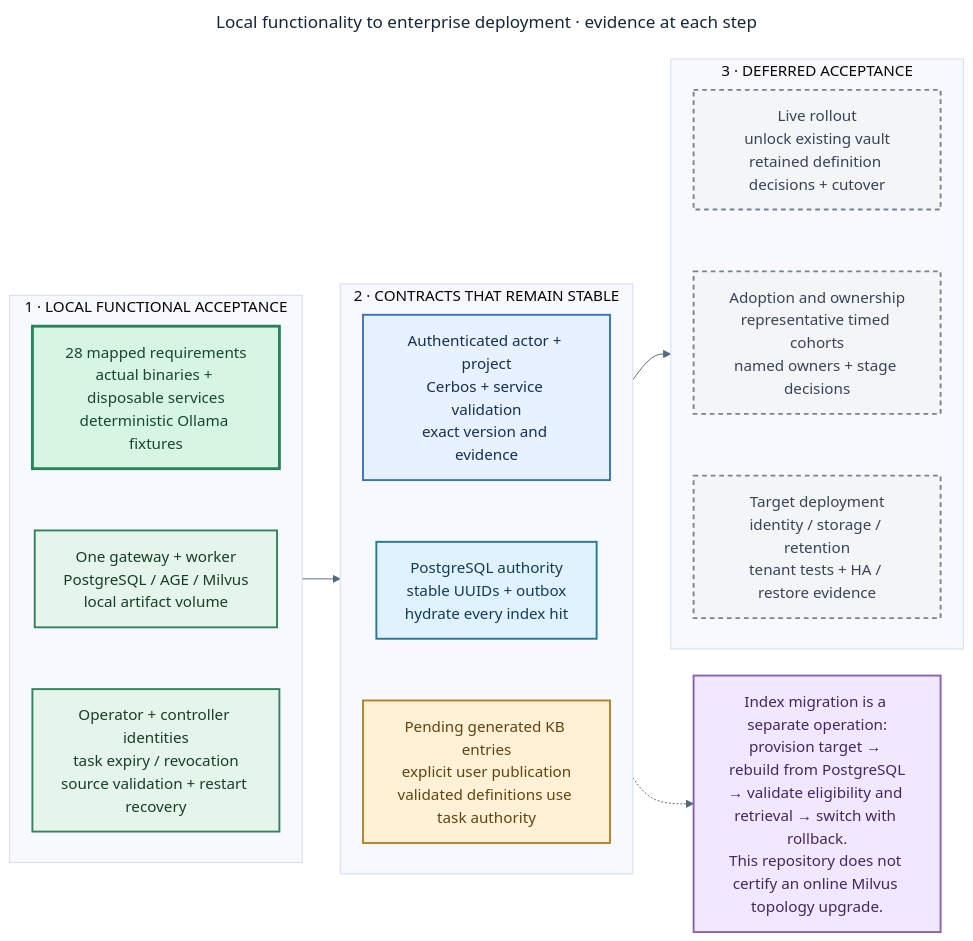
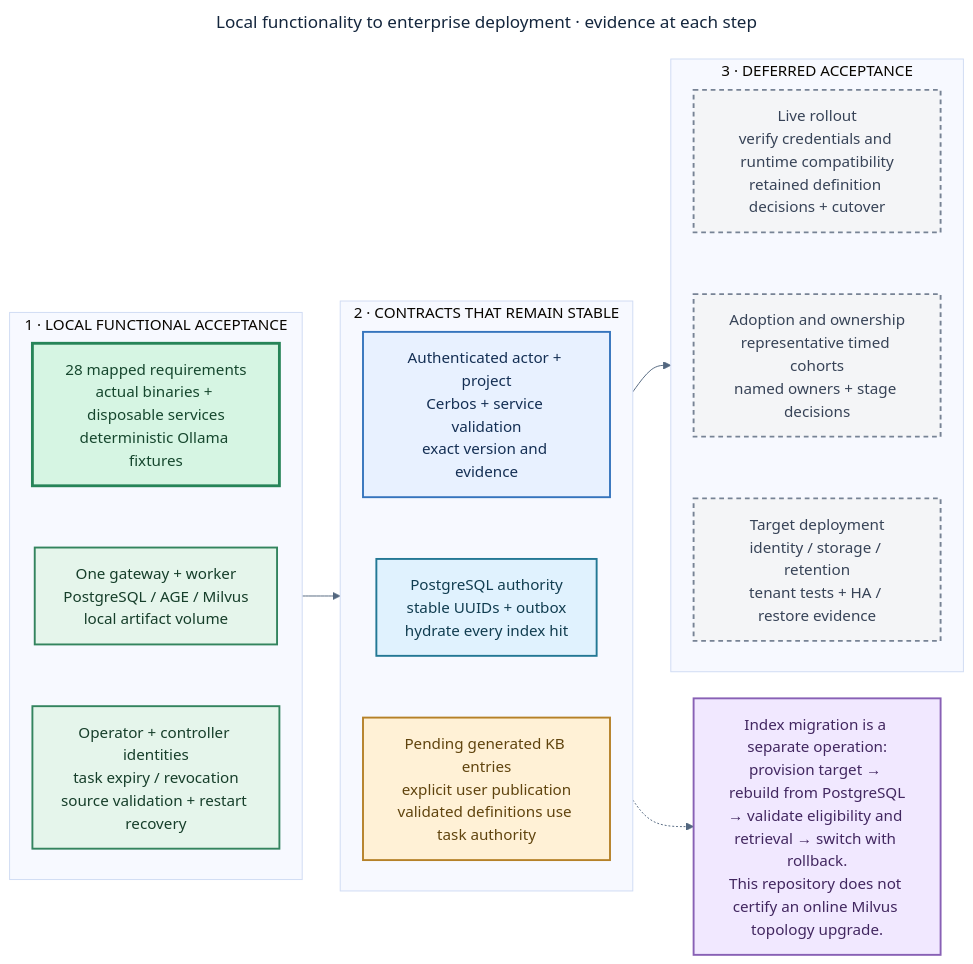
The diagram in docs/diagrams/hybrid-ai-local-to-enterprise-evolution.mmd (dhanuka84/local-ai-development-platform), drawn with Mermaid before and after one commit. The commit also changed 186 other files, not shown here.

```diff
--- a/docs/diagrams/hybrid-ai-local-to-enterprise-evolution.mmd
+++ b/docs/diagrams/hybrid-ai-local-to-enterprise-evolution.mmd
@@ -1,40 +1,40 @@
 ---
 title: Local functionality to enterprise deployment · evidence at each step
 ---
 %%{init: {"theme":"base","themeVariables":{"fontFamily":"Arial, sans-serif","fontSize":"16px","primaryTextColor":"#14263d","lineColor":"#53677f","edgeLabelBackground":"#ffffff"},"flowchart":{"curve":"basis","htmlLabels":true,"nodeSpacing":28,"rankSpacing":40},"fontFamily":"Arial, sans-serif","themeCSS":".nodeLabel, .edgeLabel, .cluster-label, .flowchartTitleText { font-family: Arial, sans-serif !important; }"}}%%
 flowchart LR
     subgraph LOCAL["1 · LOCAL FUNCTIONAL ACCEPTANCE"]
         direction TB
         TEST["28 mapped requirements<br/>actual binaries + disposable services<br/>deterministic Ollama fixtures"]:::done
         LP["One gateway + worker<br/>PostgreSQL / AGE / Milvus<br/>local artifact volume"]:::local
         LS["Operator + controller identities<br/>task expiry / revocation<br/>source validation + restart recovery"]:::local
         TEST ~~~ LP ~~~ LS
     end
     subgraph KEEP["2 · CONTRACTS THAT REMAIN STABLE"]
         direction TB
         AUTH["Authenticated actor + project<br/>Cerbos + service validation<br/>exact version and evidence"]:::service
         DATA["PostgreSQL authority<br/>stable UUIDs + outbox<br/>hydrate every index hit"]:::data
         KB["Pending generated KB entries<br/>explicit user publication<br/>validated definitions use task authority"]:::gate
         AUTH ~~~ DATA ~~~ KB
     end
     subgraph FUTURE["3 · DEFERRED ACCEPTANCE"]
         direction TB
-        LIVE["Live rollout<br/>unlock existing vault<br/>retained definition decisions + cutover"]:::target
+        LIVE["Live rollout<br/>verify credentials and runtime compatibility<br/>retained definition decisions + cutover"]:::target
         ADOPT["Adoption and ownership<br/>representative timed cohorts<br/>named owners + stage decisions"]:::target
         PROD["Target deployment<br/>identity / storage / retention<br/>tenant tests + HA / restore evidence"]:::target
         LIVE ~~~ ADOPT ~~~ PROD
     end
     LOCAL --> KEEP
     KEEP --> FUTURE
     INDEX["Index migration is a separate operation:<br/>provision target → rebuild from PostgreSQL<br/>→ validate eligibility and retrieval → switch with rollback.<br/>This repository does not certify an online Milvus topology upgrade."]:::evidence
     KEEP -.-> INDEX
 
     classDef client fill:#e0e7ff,stroke:#6366f1,color:#25265e,stroke-width:2px;
     classDef service fill:#e8f1ff,stroke:#3574bd,color:#142f54,stroke-width:2px;
     classDef local fill:#e5f5eb,stroke:#33845e,color:#163e2a,stroke-width:2px;
     classDef data fill:#e0f2fe,stroke:#237895,color:#113d50,stroke-width:2px;
     classDef evidence fill:#f1e8ff,stroke:#8860b5,color:#422760,stroke-width:2px;
     classDef gate fill:#fff1d6,stroke:#b58128,color:#60440e,stroke-width:2px;
     classDef pending fill:#fff0e9,stroke:#bf7350,color:#743820,stroke-width:2px;
     classDef target fill:#f4f5f7,stroke:#778395,color:#374357,stroke-width:2px,stroke-dasharray:5 4;
     classDef done fill:#d6f5e3,stroke:#268458,color:#16472e,stroke-width:3px;
```
